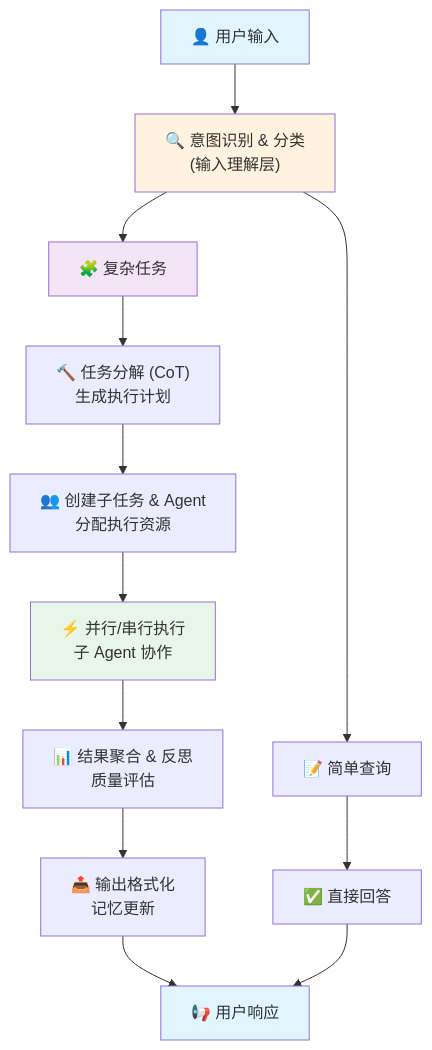
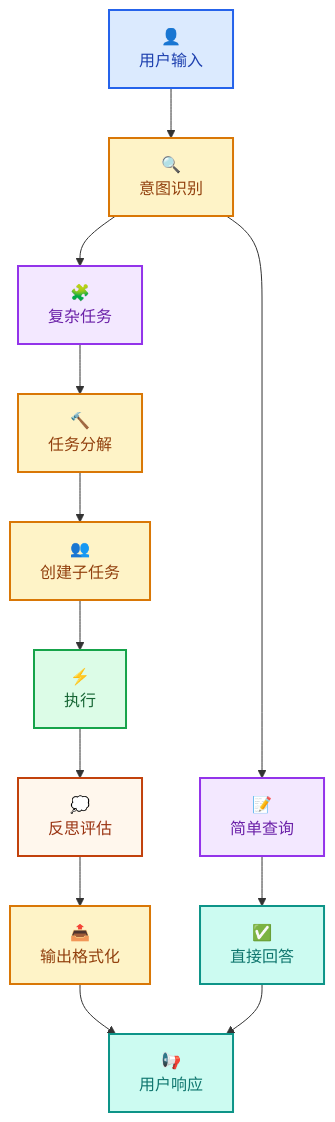
Before and after one commit to Eivs/niuma: the seventh of 7 diagrams in docs/PRD.md, drawn with Mermaid. The commit also changed other lines of this file and 1 other file, not shown here.

Commit message:
refactor: Update diagrams and improve color schemes in PRD and README

````diff
--- a/docs/PRD.md
+++ b/docs/PRD.md
@@ -635,24 +674,33 @@
 ```mermaid
 flowchart TB
-    UserInput["👤 用户输入"] --> Intent["🔍 意图识别 & 分类<br/>(输入理解层)"]
+    UserInput["👤<br/>用户输入"] --> Intent["🔍<br/>意图识别"]
 
-    Intent --> SimpleQuery["📝 简单查询"]
-    Intent --> ComplexTask["🧩 复杂任务"]
+    Intent --> SimpleQuery["📝<br/>简单查询"]
+    Intent --> ComplexTask["🧩<br/>复杂任务"]
 
-    SimpleQuery --> DirectAnswer["✅ 直接回答"]
+    SimpleQuery --> DirectAnswer["✅<br/>直接回答"]
 
-    ComplexTask --> Decompose["🔨 任务分解 (CoT)<br/>生成执行计划"]
-    Decompose --> CreateSub["👥 创建子任务 & Agent<br/>分配执行资源"]
-    CreateSub --> Execute["⚡ 并行/串行执行<br/>子 Agent 协作"]
-    Execute --> Aggregate["📊 结果聚合 & 反思<br/>质量评估"]
-    Aggregate --> Format["📤 输出格式化<br/>记忆更新"]
-    Format --> UserResponse["📢 用户响应"]
+    ComplexTask --> Decompose["🔨<br/>任务分解"]
+    Decompose --> CreateSub["👥<br/>创建子任务"]
+    CreateSub --> Execute["⚡<br/>执行"]
+    Execute --> Reflect["💭<br/>反思评估"]
+    Reflect --> Format["📤<br/>输出格式化"]
+    Format --> UserResponse["📢<br/>用户响应"]
 
     DirectAnswer --> UserResponse
 
-    style UserInput fill:#e1f5fe
-    style Intent fill:#fff3e0
-    style ComplexTask fill:#f3e5f5
-    style Execute fill:#e8f5e9
-    style UserResponse fill:#e1f5fe
+    %% 统一的配色方案
+    classDef inputNode fill:#dbeafe,stroke:#2563eb,stroke-width:2px,color:#1e40af
+    classDef processNode fill:#fef3c7,stroke:#d97706,stroke-width:2px,color:#92400e
+    classDef decisionNode fill:#f3e8ff,stroke:#9333ea,stroke-width:2px,color:#6b21a8
+    classDef executeNode fill:#dcfce7,stroke:#16a34a,stroke-width:2px,color:#166534
+    classDef reflectNode fill:#fff7ed,stroke:#c2410c,stroke-width:2px,color:#9a3412
+    classDef outputNode fill:#ccfbf1,stroke:#0d9488,stroke-width:2px,color:#0f766e
+
+    class UserInput inputNode
+    class Intent,Decompose,CreateSub,Format processNode
+    class SimpleQuery,ComplexTask decisionNode
+    class Execute executeNode
+    class Reflect reflectNode
+    class DirectAnswer,UserResponse outputNode
 ```
````
